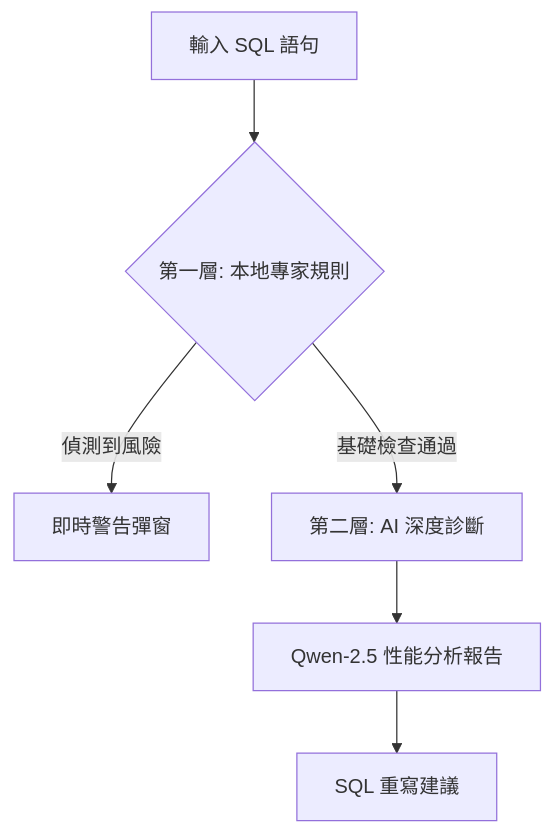
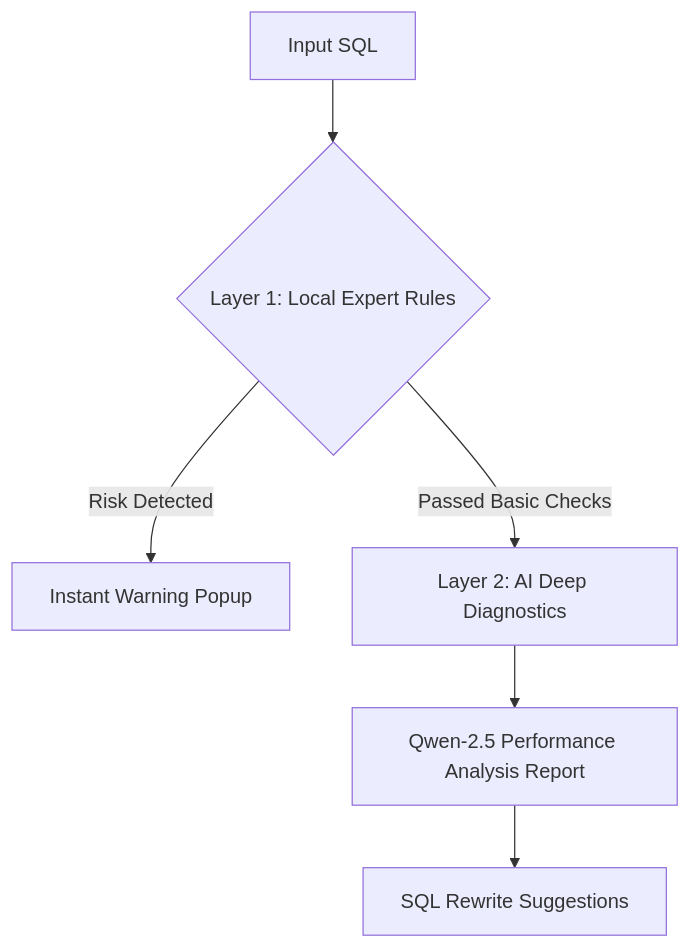
Before and after one commit to oPeterOc2/sql-auditor: the diagram in README.md, drawn with Mermaid. The commit also changed other lines of this file and 1 other file, not shown here.

````diff
--- a/README.md
+++ b/README.md
@@ -21,8 +24,8 @@
 ```mermaid
 graph TD
-    A[輸入 SQL 語句] --> B{第一層: 本地專家規則}
-    B -- 偵測到風險 --> C[即時警告彈窗]
-    B -- 基礎檢查通過 --> D[第二層: AI 深度診斷]
-    D --> E[Qwen-2.5 性能分析報告]
-    E --> F[SQL 重寫建議]
+    A[Input SQL] --> B{Layer 1: Local Expert Rules}
+    B -- Risk Detected --> C[Instant Warning Popup]
+    B -- Passed Basic Checks --> D[Layer 2: AI Deep Diagnostics]
+    D --> E[Qwen-2.5 Performance Analysis Report]
+    E --> F[SQL Rewrite Suggestions]
 ```
````
